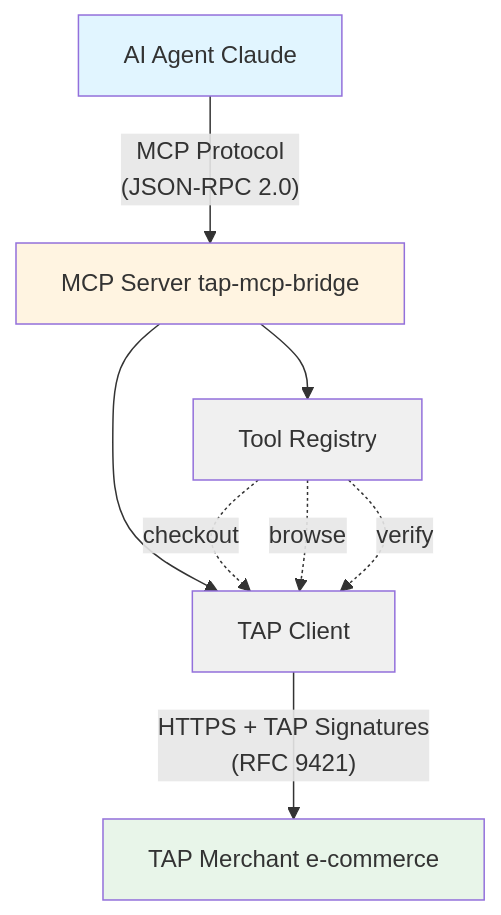
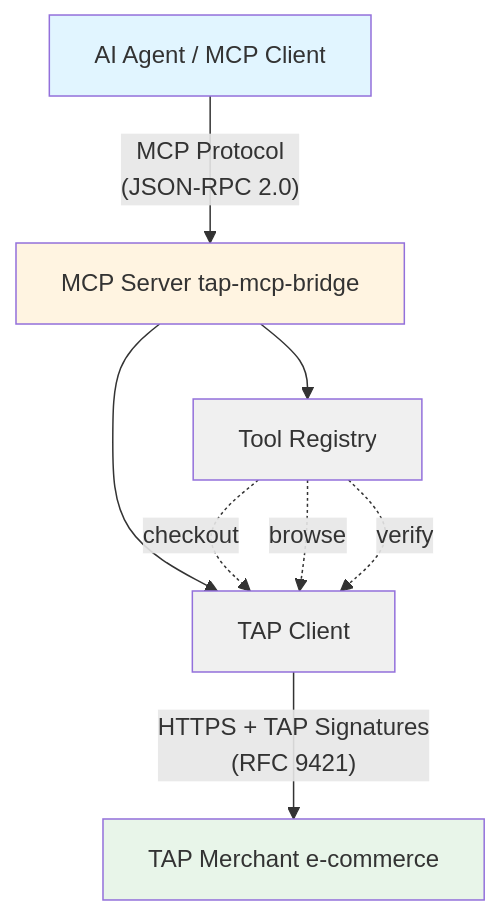
The first of 3 diagrams in docs/MCP_INTEGRATION.md (bug-ops/tap-mcp-bridge), drawn with Mermaid before and after one commit. The commit also changed other lines of this file and 3 other files, not shown here.

````diff
--- a/docs/MCP_INTEGRATION.md
+++ b/docs/MCP_INTEGRATION.md
@@ -9,22 +9,22 @@
 ```mermaid
 graph TB
-    Agent[AI Agent Claude]
+    Agent[AI Agent / MCP Client]
     Bridge[MCP Server tap-mcp-bridge]
     Tools[Tool Registry]
     TAPClient[TAP Client]
     Merchant[TAP Merchant e-commerce]
 
     Agent -->|"MCP Protocol<br/>(JSON-RPC 2.0)"| Bridge
     Bridge --> Tools
     Bridge --> TAPClient
     Tools -.->|checkout| TAPClient
     Tools -.->|browse| TAPClient
     Tools -.->|verify| TAPClient
     TAPClient -->|"HTTPS + TAP Signatures<br/>(RFC 9421)"| Merchant
 
     style Agent fill:#e1f5ff
     style Bridge fill:#fff4e1
     style Tools fill:#f0f0f0
     style TAPClient fill:#f0f0f0
     style Merchant fill:#e8f5e9
 ```
````
